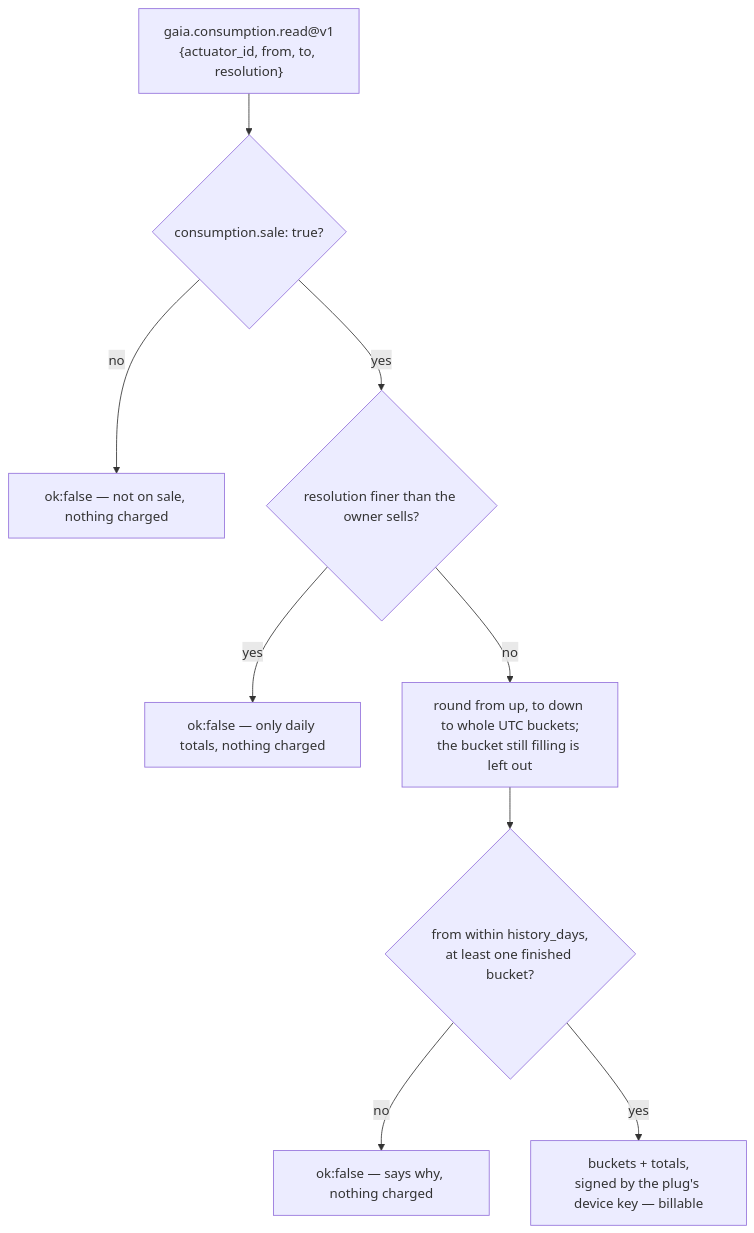
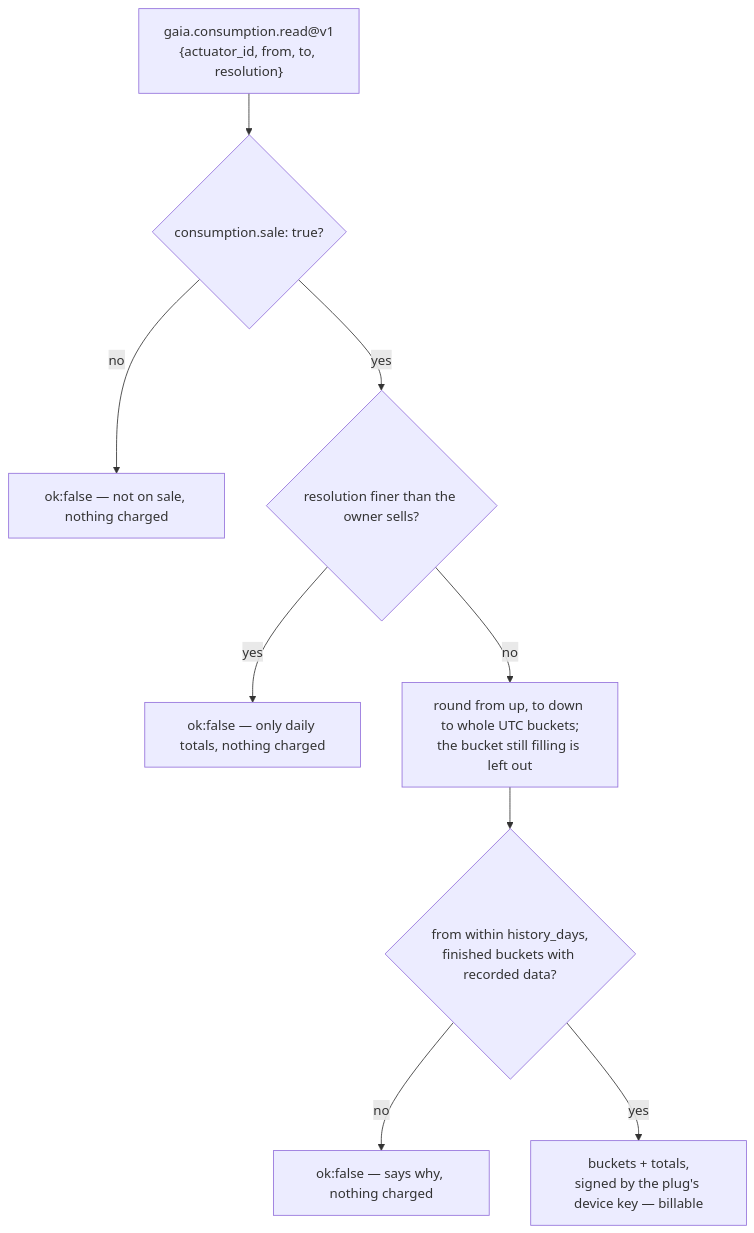
The eighth of 8 diagrams in docs/ACTUATION.md (alexar76/gaia), drawn with Mermaid before and after one commit. The commit also changed other lines of this file and 7 other files, not shown here.

````diff
--- a/docs/ACTUATION.md
+++ b/docs/ACTUATION.md
@@ -460,11 +460,11 @@
 ```mermaid
 flowchart TD
     Q["gaia.consumption.read@v1<br/>{actuator_id, from, to, resolution}"] --> A{"consumption.sale: true?"}
     A -- no --> X1["ok:false — not on sale, nothing charged"]
     A -- yes --> B{"resolution finer than the owner sells?"}
     B -- yes --> X2["ok:false — only daily totals, nothing charged"]
     B -- no --> C["round from up, to down to whole UTC buckets;<br/>the bucket still filling is left out"]
-    C --> D{"from within history_days,<br/>at least one finished bucket?"}
+    C --> D{"from within history_days,<br/>finished buckets with recorded data?"}
     D -- no --> X3["ok:false — says why, nothing charged"]
     D -- yes --> E["buckets + totals,<br/>signed by the plug's device key — billable"]
 ```
````
